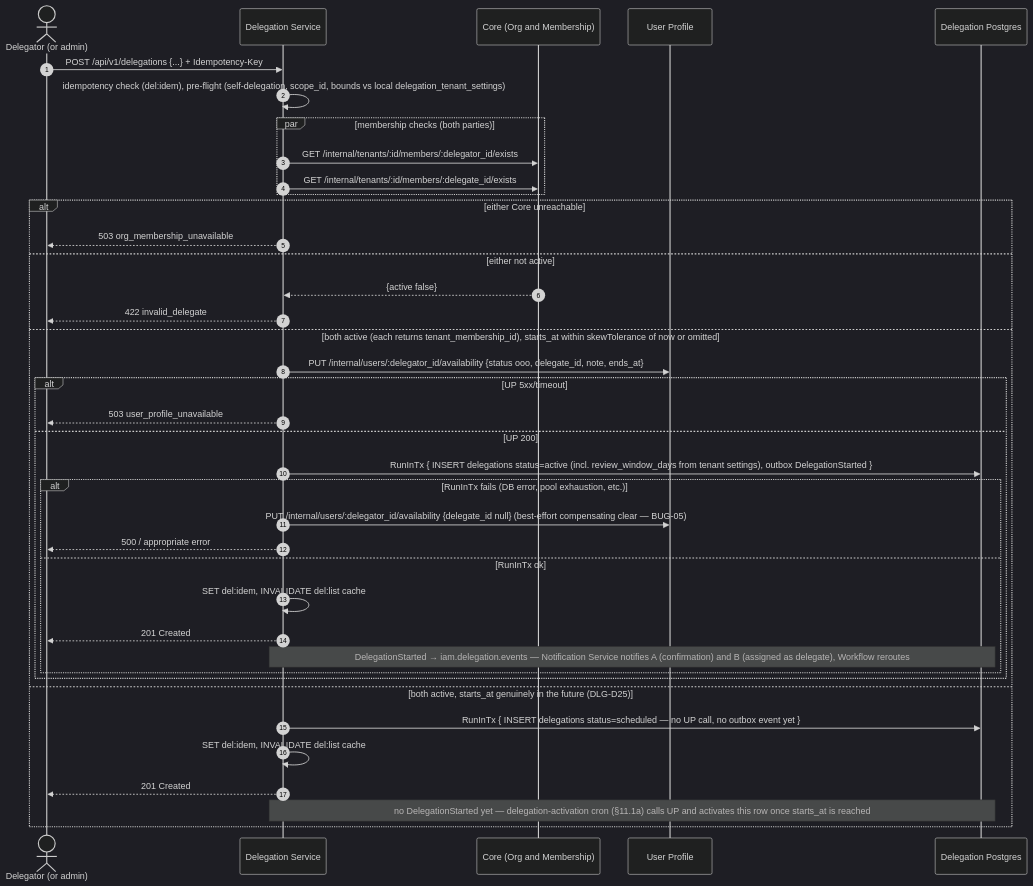
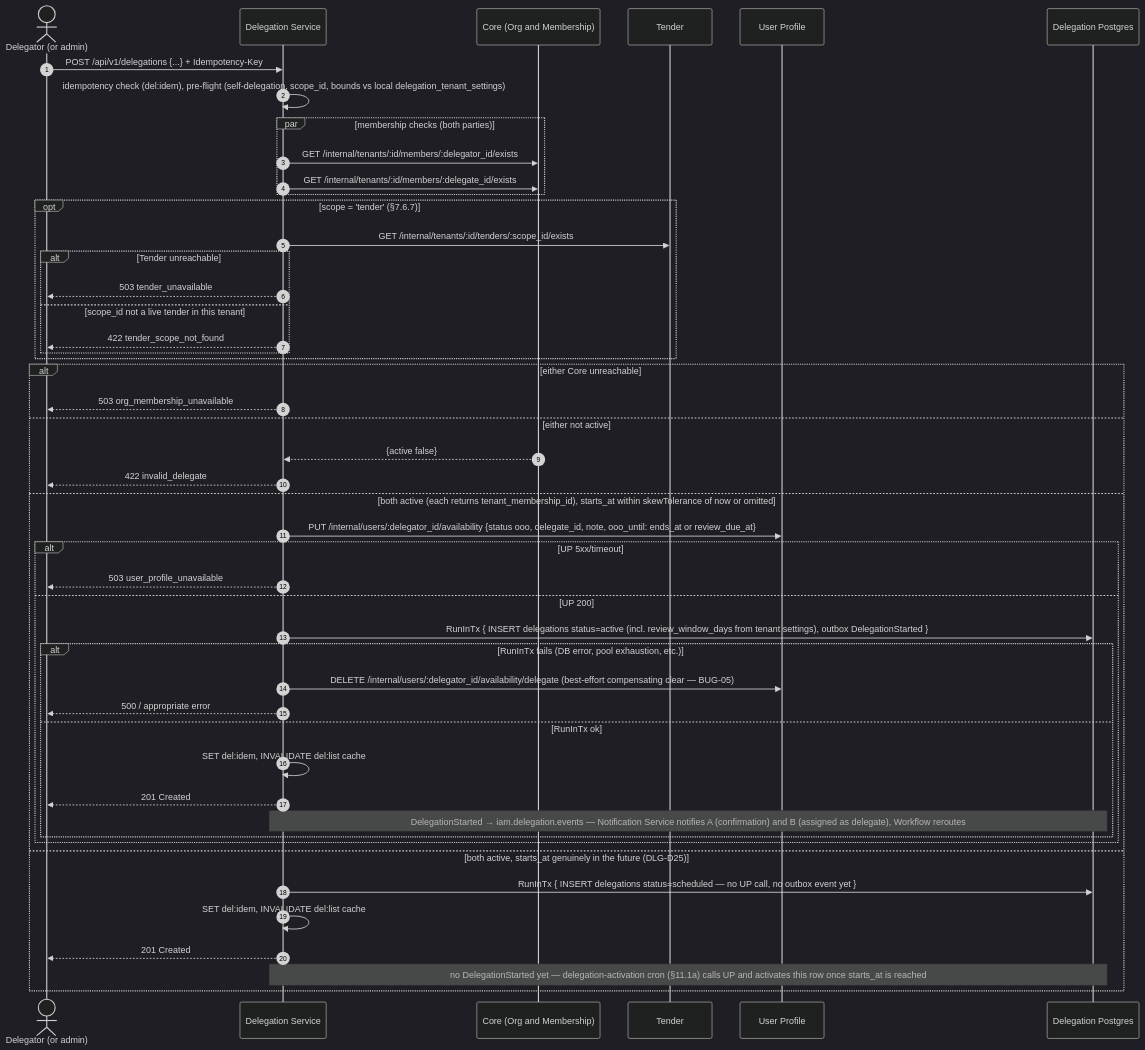
The diagram in docs/architecture/mermaid/create-flow.mmd (BCBP-SOLUTIONS-FZC-LLC/iam-delegation), drawn with Mermaid (dark theme) before and after one commit. The commit also changed 48 other files, not shown here.

```diff
--- a/docs/architecture/mermaid/create-flow.mmd
+++ b/docs/architecture/mermaid/create-flow.mmd
@@ -1,40 +1,49 @@
 sequenceDiagram
     autonumber
     actor DR as Delegator (or admin)
     participant DLG as Delegation Service
     participant Core as Core (Org and Membership)
+    participant TN as Tender
     participant UP as User Profile
     participant PG as Delegation Postgres
 
     DR->>DLG: POST /api/v1/delegations {...} + Idempotency-Key
     DLG->>DLG: idempotency check (del:idem), pre-flight (self-delegation, scope_id, bounds vs local delegation_tenant_settings)
     par membership checks (both parties)
         DLG->>Core: GET /internal/tenants/:id/members/:delegator_id/exists
         DLG->>Core: GET /internal/tenants/:id/members/:delegate_id/exists
     end
+    opt scope = 'tender' (§7.6.7)
+        DLG->>TN: GET /internal/tenants/:id/tenders/:scope_id/exists
+        alt Tender unreachable
+            DLG-->>DR: 503 tender_unavailable
+        else scope_id not a live tender in this tenant
+            DLG-->>DR: 422 tender_scope_not_found
+        end
+    end
     alt either Core unreachable
         DLG-->>DR: 503 org_membership_unavailable
     else either not active
         Core-->>DLG: {active false}
         DLG-->>DR: 422 invalid_delegate
     else both active (each returns tenant_membership_id), starts_at within skewTolerance of now or omitted
-        DLG->>UP: PUT /internal/users/:delegator_id/availability {status ooo, delegate_id, note, ends_at}
+        DLG->>UP: PUT /internal/users/:delegator_id/availability {status ooo, delegate_id, note, ooo_until: ends_at or review_due_at}
         alt UP 5xx/timeout
             DLG-->>DR: 503 user_profile_unavailable
         else UP 200
             DLG->>PG: RunInTx { INSERT delegations status=active (incl. review_window_days from tenant settings), outbox DelegationStarted }
             alt RunInTx fails (DB error, pool exhaustion, etc.)
-                DLG->>UP: PUT /internal/users/:delegator_id/availability {delegate_id null} (best-effort compensating clear — BUG-05)
+                DLG->>UP: DELETE /internal/users/:delegator_id/availability/delegate (best-effort compensating clear — BUG-05)
                 DLG-->>DR: 500 / appropriate error
             else RunInTx ok
                 DLG->>DLG: SET del:idem, INVALIDATE del:list cache
                 DLG-->>DR: 201 Created
                 Note over DLG,PG: DelegationStarted → iam.delegation.events — Notification Service notifies A (confirmation) and B (assigned as delegate), Workflow reroutes
             end
         end
     else both active, starts_at genuinely in the future (DLG-D25)
         DLG->>PG: RunInTx { INSERT delegations status=scheduled — no UP call, no outbox event yet }
         DLG->>DLG: SET del:idem, INVALIDATE del:list cache
         DLG-->>DR: 201 Created
         Note over DLG,PG: no DelegationStarted yet — delegation-activation cron (§11.1a) calls UP and activates this row once starts_at is reached
     end
```
